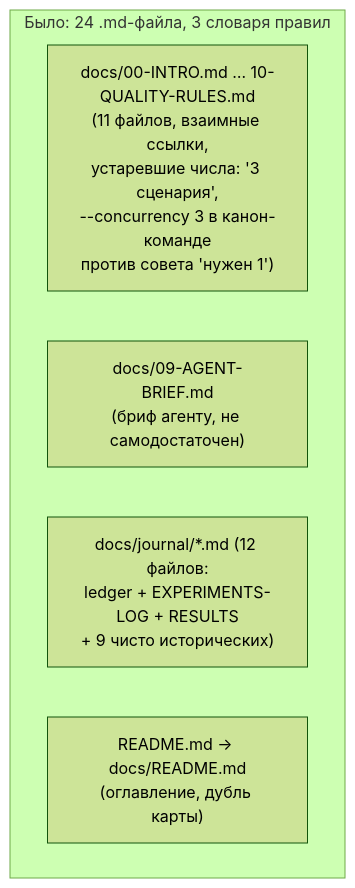
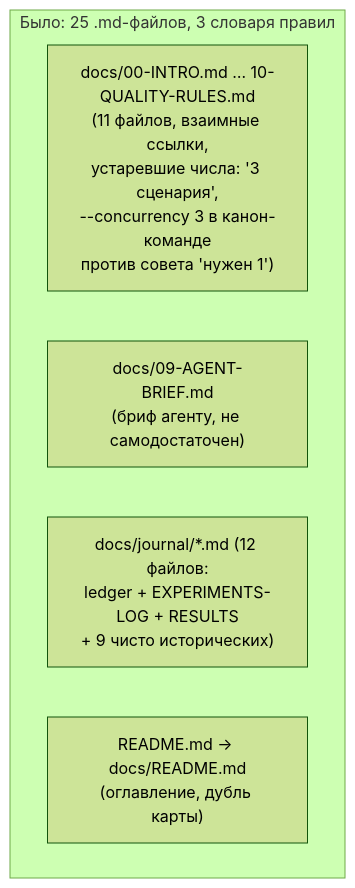
Before and after one commit to RubaXa/gennady: the first of 2 diagrams in ai/drafts/research/sdd-v1-to-v2-transfer/_raw/reports/R-GAP-E-5.md, drawn with Mermaid (forest theme). The commit also changed other lines of this file and 10 other files, not shown here.

````diff
--- a/ai/drafts/research/sdd-v1-to-v2-transfer/_raw/reports/R-GAP-E-5.md
+++ b/ai/drafts/research/sdd-v1-to-v2-transfer/_raw/reports/R-GAP-E-5.md
@@ -36,9 +36,9 @@
 ```mermaid
 flowchart TD
-  subgraph before["Было: 24 .md-файла, 3 словаря правил"]
+  subgraph before["Было: 25 .md-файлов, 3 словаря правил"]
     N00["docs/00-INTRO.md … 10-QUALITY-RULES.md\n(11 файлов, взаимные ссылки,\nустаревшие числа: '3 сценария',\n--concurrency 3 в канон-команде\nпротив совета 'нужен 1')"]
     N09["docs/09-AGENT-BRIEF.md\n(бриф агенту, не самодостаточен)"]
     NJ["docs/journal/*.md (12 файлов:\nledger + EXPERIMENTS-LOG + RESULTS\n+ 9 чисто исторических)"]
     ROOT1["README.md → docs/README.md\n(оглавление, дубль карты)"]
   end
 ```
````
